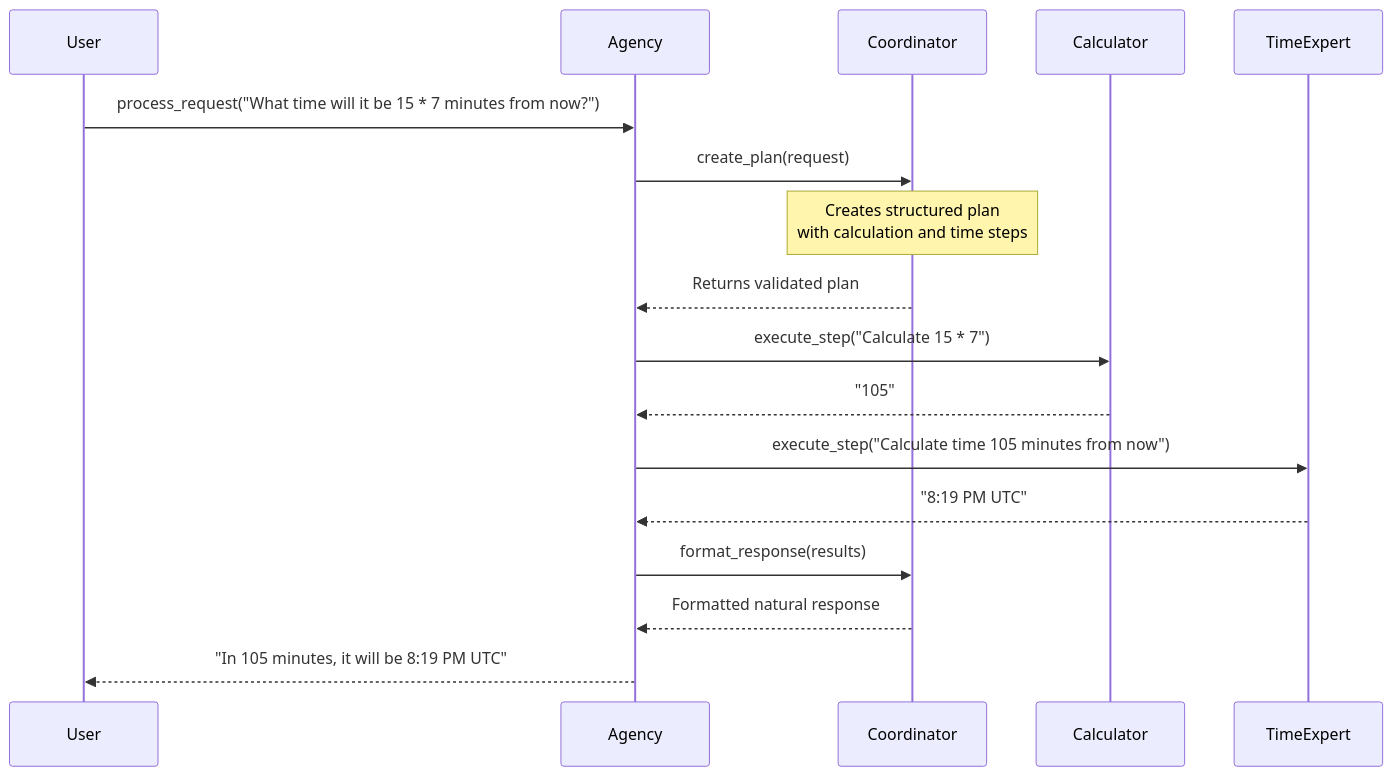
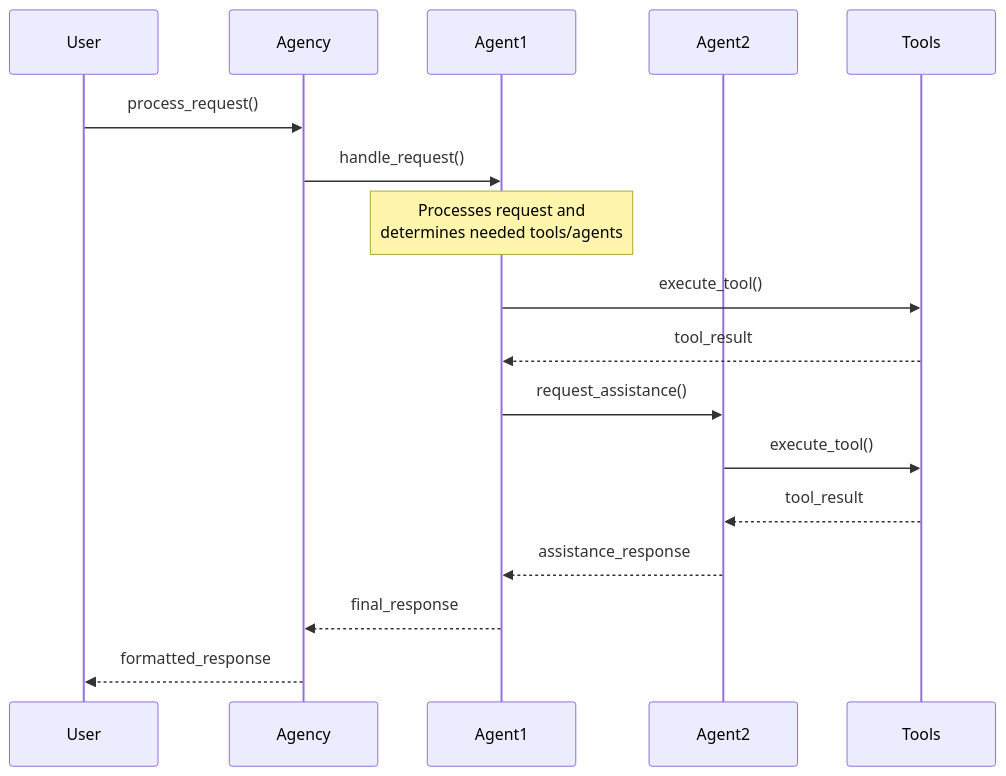
One commit to sandrich/bedrock-swarm changed the diagram in docs/concepts/architecture.md. Above: the diagram before and after it, drawn with Mermaid. The commit also changed other lines of this file and 14 other files, not shown here.

````diff
--- a/docs/concepts/architecture.md
+++ b/docs/concepts/architecture.md
@@ -29,25 +30,24 @@
 ```mermaid
 sequenceDiagram
     participant User
     participant Agency
-    participant Coordinator
-    participant Calculator
-    participant TimeExpert
+    participant Agent1
+    participant Agent2
+    participant Tools
 
-    User->>Agency: process_request("What time will it be 15 * 7 minutes from now?")
-    Agency->>Coordinator: create_plan(request)
+    User->>Agency: process_request()
+    Agency->>Agent1: handle_request()
 
-    Note over Coordinator: Creates structured plan<br/>with calculation and time steps
+    Note over Agent1: Processes request and<br/>determines needed tools/agents
 
-    Coordinator-->>Agency: Returns validated plan
+    Agent1->>Tools: execute_tool()
+    Tools-->>Agent1: tool_result
 
-    Agency->>Calculator: execute_step("Calculate 15 * 7")
-    Calculator-->>Agency: "105"
+    Agent1->>Agent2: request_assistance()
+    Agent2->>Tools: execute_tool()
+    Tools-->>Agent2: tool_result
+    Agent2-->>Agent1: assistance_response
 
-    Agency->>TimeExpert: execute_step("Calculate time 105 minutes from now")
-    TimeExpert-->>Agency: "8:19 PM UTC"
-
-    Agency->>Coordinator: format_response(results)
-    Coordinator-->>Agency: Formatted natural response
-    Agency-->>User: "In 105 minutes, it will be 8:19 PM UTC"
+    Agent1-->>Agency: final_response
+    Agency-->>User: formatted_response
 ```
````
